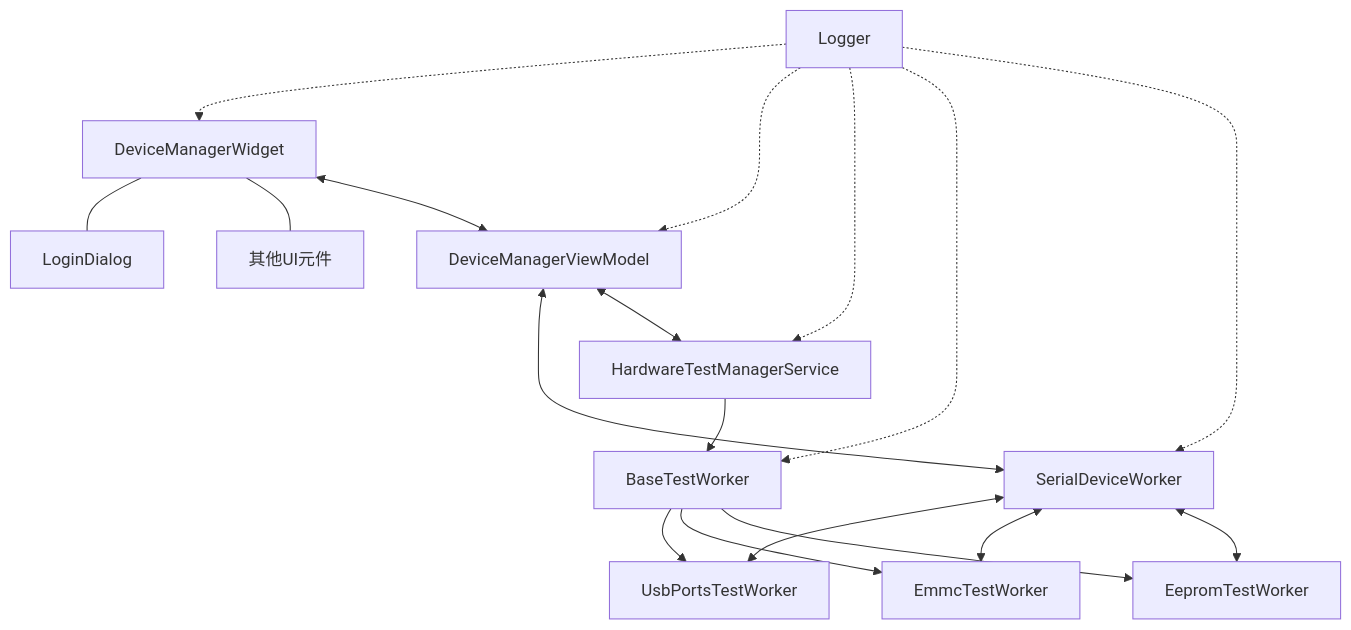
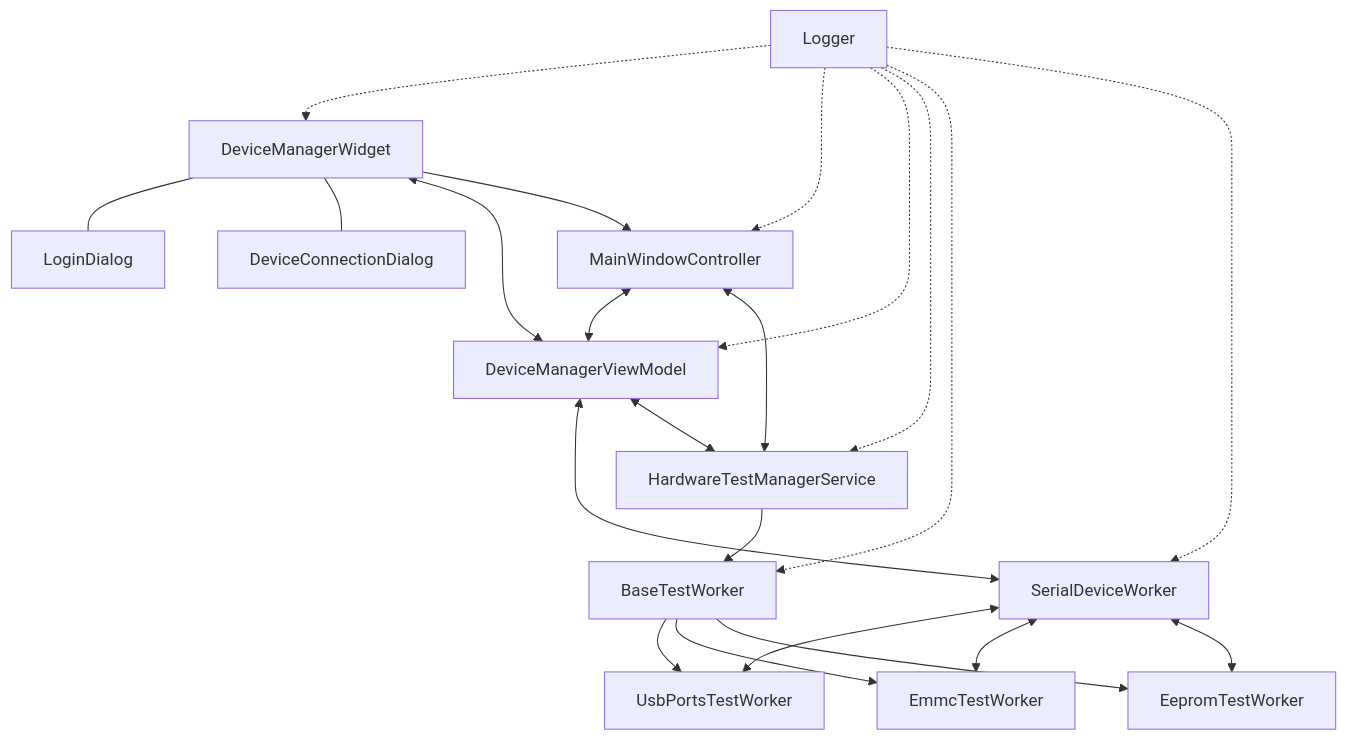
One commit to MingYuan-Chen/orion_v2 changed the first of 9 diagrams in orion_developer_document.md. Above: the diagram before and after it, drawn with Mermaid. The commit also changed other lines of this file, not shown here.

````diff
--- a/orion_developer_document.md
+++ b/orion_developer_document.md
@@ -44,32 +44,38 @@
 ```mermaid
 graph TD
     A[DeviceManagerWidget] --- B[LoginDialog]
-    A --- C[其他UI元件]
+    A --- C[DeviceConnectionDialog]
+    
+    M[MainWindowController]
     
     D[DeviceManagerViewModel]
     
     E[HardwareTestManagerService]
     F[BaseTestWorker]
     G[SerialDeviceWorker]
     H[UsbPortsTestWorker]
     I[EmmcTestWorker]
     J[EepromTestWorker]
     
     K[Logger]
     
     A <--> D
+    A --> M
+    M <--> D
     D <--> G
     D <--> E
+    M <--> E
     E --> F
     F --> H
     F --> I
     F --> J
     G <--> H
     G <--> I
     G <--> J
     K -.-> A
+    K -.-> M
     K -.-> D
     K -.-> E
     K -.-> F
     K -.-> G
 ```
````
